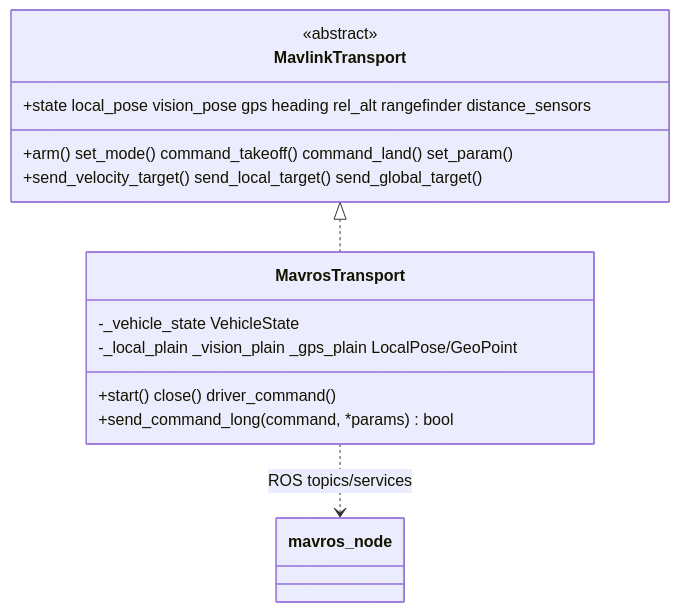
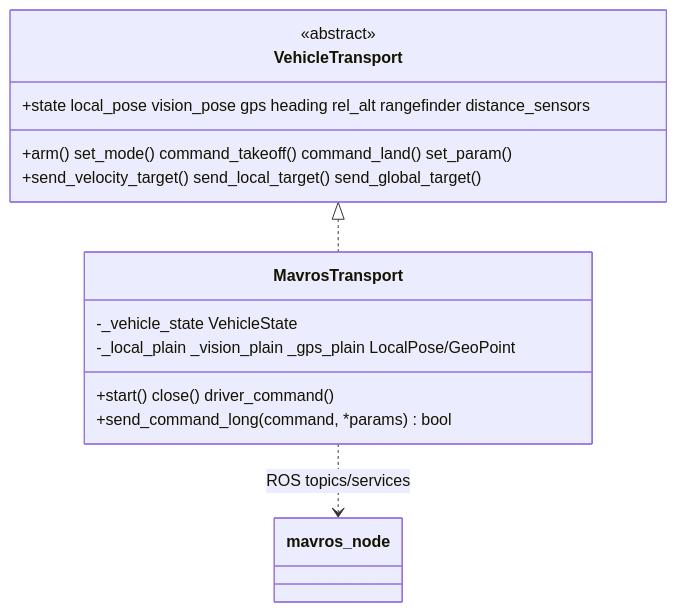
The diagram in nectar/nectar/control/mavros/README.md (Black-Bee-Drones/nectar-sdk), drawn with Mermaid before and after one commit. The commit also changed other lines of this file and 10 other files, not shown here.

````diff
--- a/nectar/nectar/control/mavros/README.md
+++ b/nectar/nectar/control/mavros/README.md
@@ -16,17 +16,17 @@
 ```mermaid
 classDiagram
-    class MavlinkTransport {
+    class VehicleTransport {
         <<abstract>>
         +state local_pose vision_pose gps heading rel_alt rangefinder distance_sensors
         +arm() set_mode() command_takeoff() command_land() set_param()
         +send_velocity_target() send_local_target() send_global_target()
     }
     class MavrosTransport {
         -_vehicle_state VehicleState
         -_local_plain _vision_plain _gps_plain LocalPose/GeoPoint
         +start() close() driver_command()
         +send_command_long(command, *params) bool
     }
-    MavlinkTransport <|.. MavrosTransport
+    VehicleTransport <|.. MavrosTransport
     MavrosTransport ..> mavros_node : ROS topics/services
 ```
````
